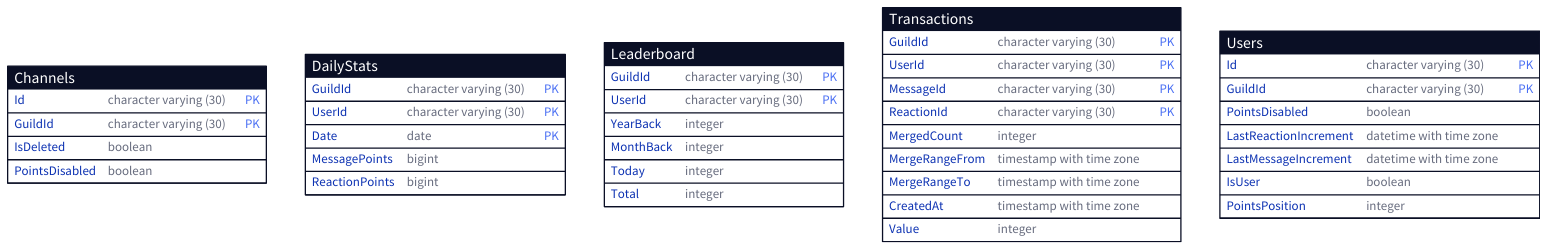
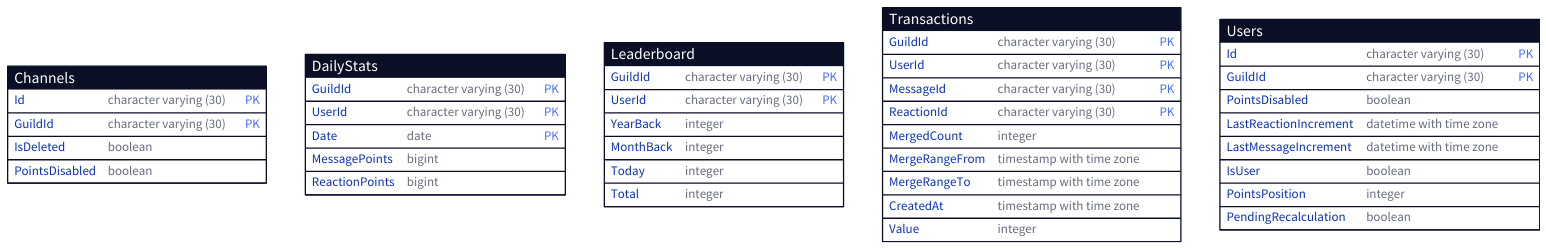
The diagram in data/database_points.d2 (GrillBot/grillbot-docs), drawn with D2 before and after one commit. The commit also changed 4 other files, not shown here.

```diff
--- a/data/database_points.d2
+++ b/data/database_points.d2
@@ -1,55 +1,56 @@
 Channels: {
   shape: sql_table
 
   Id: character varying (30) {constraint: primary_key}
   GuildId: character varying (30) {constraint: primary_key}
   IsDeleted: boolean
   PointsDisabled: boolean
 }
 
 DailyStats: {
   shape: sql_table
 
   GuildId: character varying (30) {constraint: primary_key}
   UserId: character varying (30) {constraint: primary_key}
   Date: date {constraint: primary_key}
   MessagePoints: bigint
   ReactionPoints: bigint
 }
 
 Leaderboard: {
   shape: sql_table
 
   GuildId: character varying (30) {constraint: primary_key}
   UserId: character varying (30) {constraint: primary_key}
   YearBack: integer
   MonthBack: integer
   Today: integer
   Total: integer
 }
 
 Transactions: {
   shape: sql_table
 
   GuildId: character varying (30) {constraint: primary_key}
   UserId: character varying (30) {constraint: primary_key}
   MessageId: character varying (30) {constraint: primary_key}
   ReactionId: character varying (30) {constraint: primary_key}
   MergedCount: integer
   MergeRangeFrom: timestamp with time zone
   MergeRangeTo: timestamp with time zone
   CreatedAt: timestamp with time zone
   Value: integer
 }
 
 Users: {
   shape: sql_table
 
   Id: character varying (30) {constraint: primary_key}
   GuildId: character varying (30) {constraint: primary_key}
   PointsDisabled: boolean
   LastReactionIncrement: datetime with time zone
   LastMessageIncrement: datetime with time zone
   IsUser: boolean
   PointsPosition: integer
+  PendingRecalculation: boolean
 }
```
